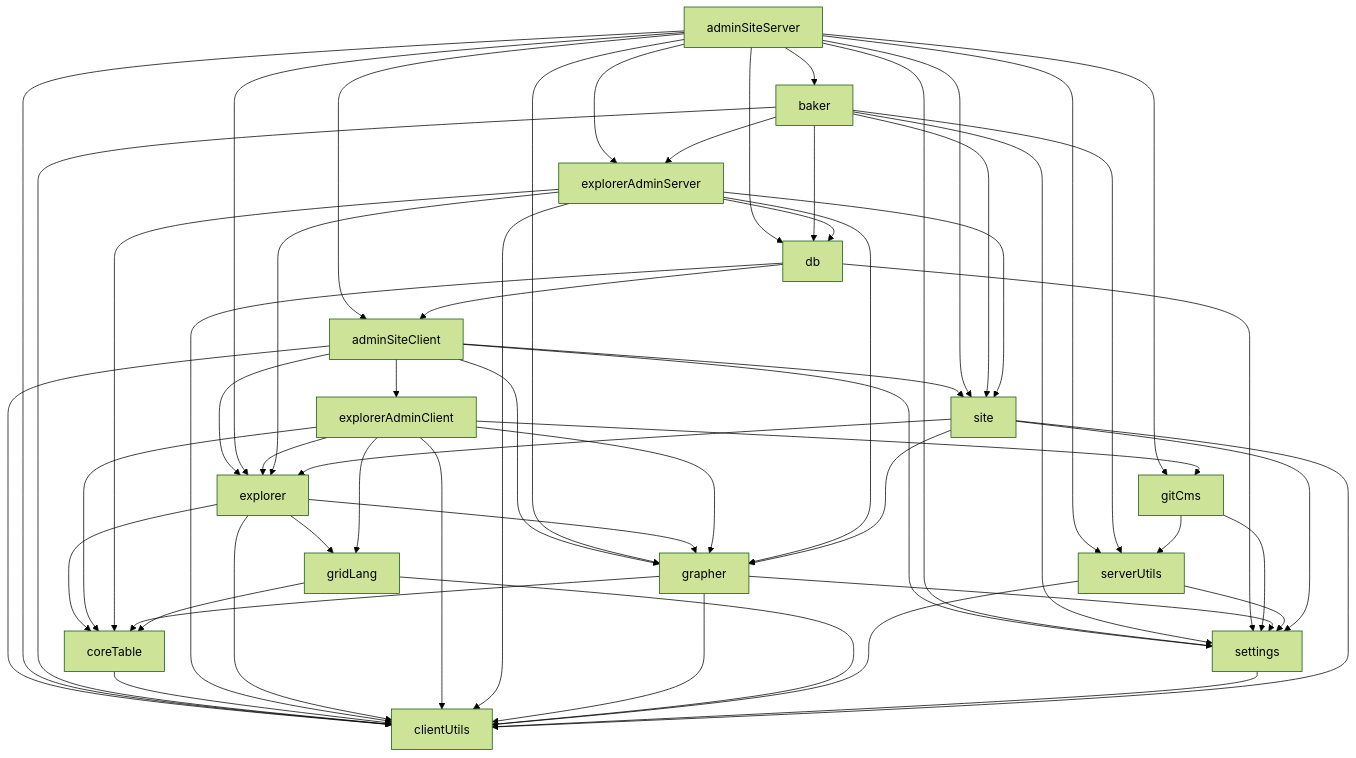
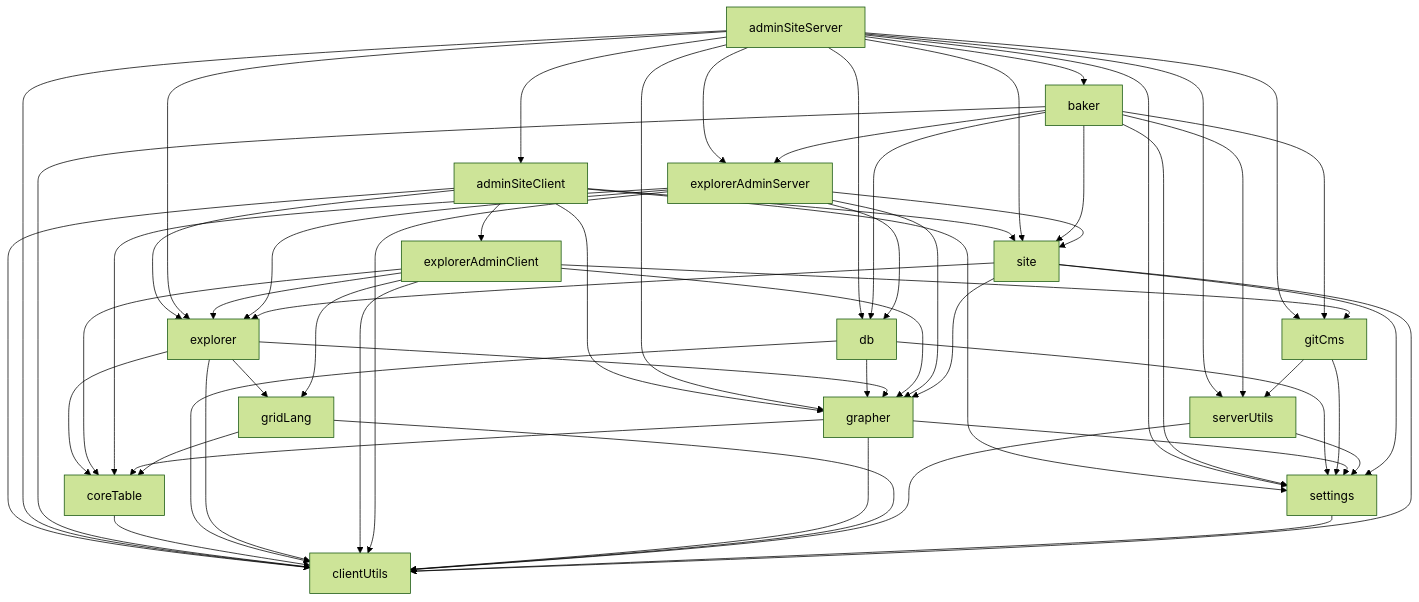
One commit to owid/owid-grapher changed the diagram in devTools/project-dependencies.md. Above: the diagram before and after it, drawn with Mermaid (forest theme). The commit also changed 2 other files, not shown here.

Commit message:
refactor: remove TS project dependencies

```diff
--- a/devTools/project-dependencies.md
+++ b/devTools/project-dependencies.md
@@ -39,14 +39,15 @@
     baker --> clientUtils;
     baker --> db;
     baker --> explorerAdminServer;
+    baker --> gitCms;
     baker --> serverUtils;
     baker --> settings;
     baker --> site;
 
     coreTable --> clientUtils;
 
-    db --> adminSiteClient;
     db --> clientUtils;
+    db --> grapher;
     db --> settings;
 
     explorer --> clientUtils;
```
